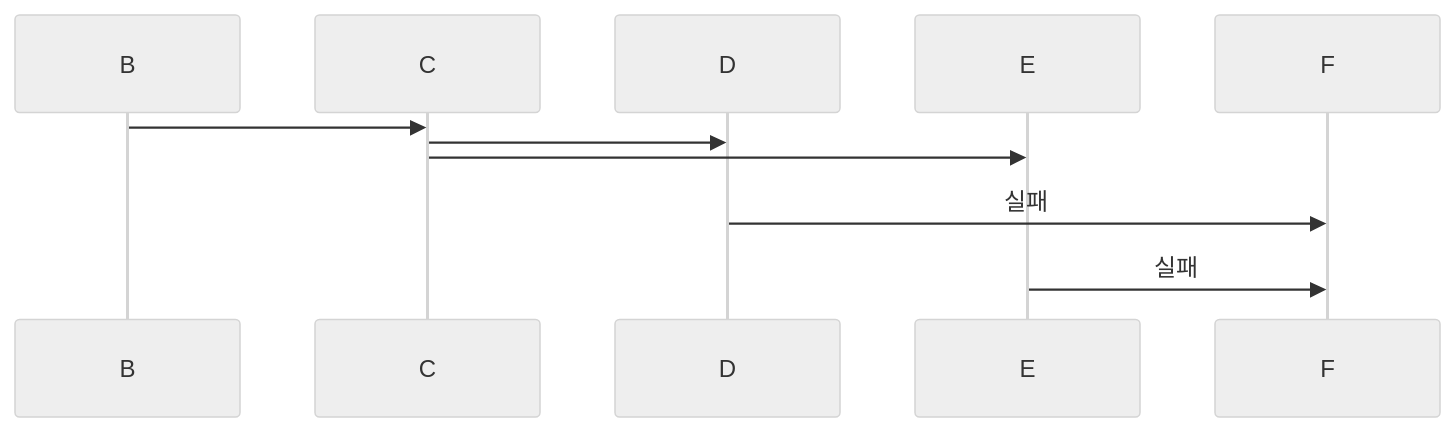
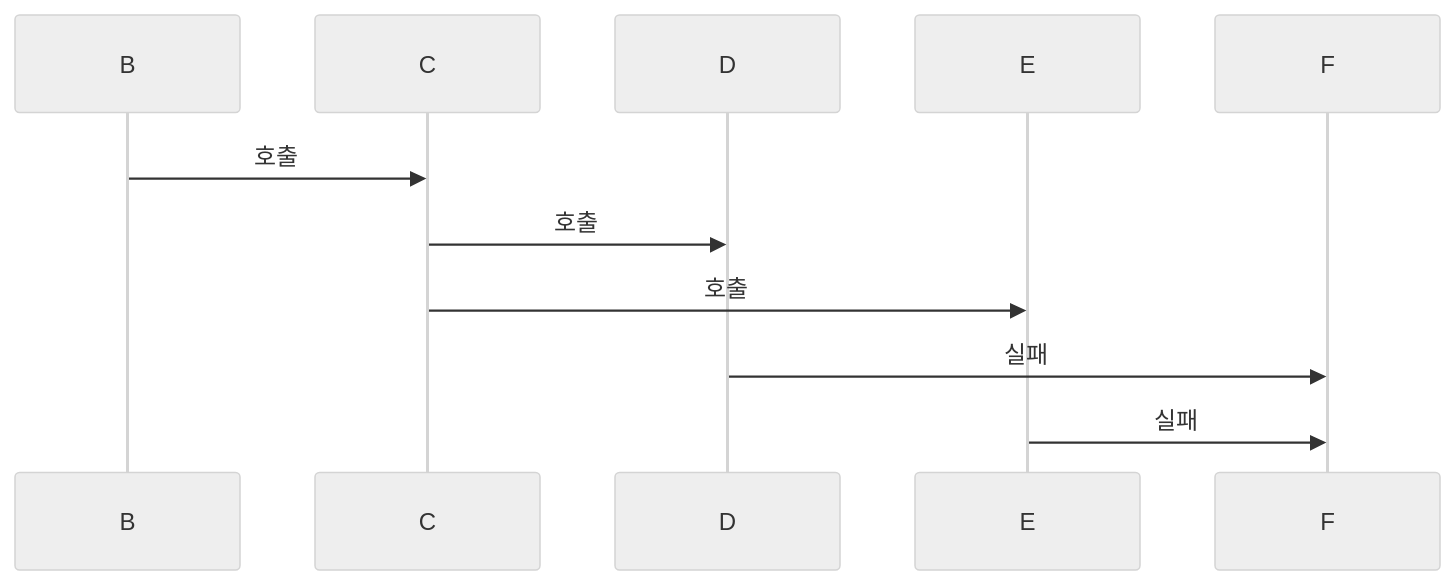
Before and after one commit to yjkim2015/yjkim2015.github.io: the first of 6 diagrams in _posts/systemdesign/2026-05-02-system-design-notification.md, drawn with Mermaid (neutral theme). The commit also changed other lines of this file and 85 other files, not shown here.

First line of the commit message:
sequenceDiagram 문법 에러 2차 수정 169개 (86파일)

````diff
--- a/_posts/systemdesign/2026-05-02-system-design-notification.md
+++ b/_posts/systemdesign/2026-05-02-system-design-notification.md
@@ -113,8 +113,8 @@
 ```mermaid
 sequenceDiagram
-    B->>C:
-    C->>D:
-    C->>E:
+    B->>C: 호출
+    C->>D: 호출
+    C->>E: 호출
     D->>F: 실패
     E->>F: 실패
 ```
````
